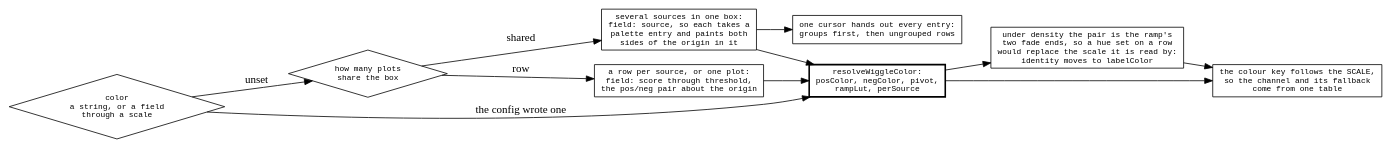
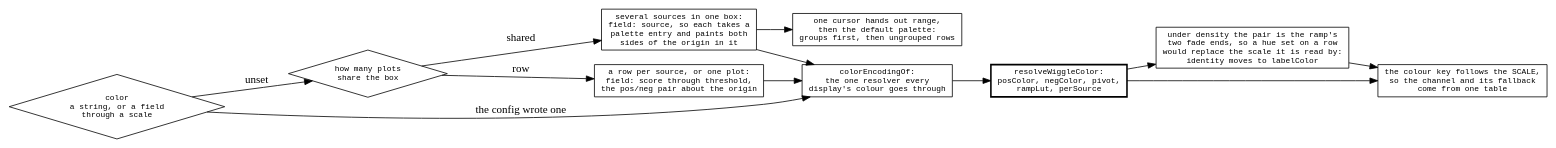
The diagram in agent-docs/mechanisms/diagrams/wiggle-colour.dot (GMOD/jbrowse-components), drawn with Graphviz before and after one commit. The commit also changed 65 other files, not shown here.

First line of the commit message:
Every display resolves its colour object through colorEncodingOf

```diff
--- a/agent-docs/mechanisms/diagrams/wiggle-colour.dot
+++ b/agent-docs/mechanisms/diagrams/wiggle-colour.dot
@@ -1,28 +1,31 @@
 digraph wiggle_colour {
   rankdir=LR
   node [shape=box fontname=monospace fontsize=10]
   { node [shape=diamond] declared; layout }
 
   declared [label="color\na string, or a field\nthrough a scale"]
-  declared -> resolved [label=" the config wrote one"]
+  declared -> encoding [label=" the config wrote one"]
   declared -> layout   [label=" unset"]
 
   layout [label="how many plots\nshare the box"]
   layout -> shared [label=" shared"]
   layout -> row    [label=" row"]
 
   shared [label="several sources in one box:\nfield: source, so each takes a\npalette entry and paints both\nsides of the origin in it"]
   row    [label="a row per source, or one plot:\nfield: score through threshold,\nthe pos/neg pair about the origin"]
 
+  encoding [label="colorEncodingOf:\nthe one resolver every\ndisplay's colour goes through"]
+  shared -> encoding  row -> encoding
+
   resolved [label="resolveWiggleColor:\nposColor, negColor, pivot,\nrampLut, perSource", style=bold]
-  shared -> resolved  row -> resolved
+  encoding -> resolved
 
   density [label="under density the pair is the ramp's\ntwo fade ends, so a hue set on a row\nwould replace the scale it is read by:\nidentity moves to labelColor"]
   resolved -> density
 
   legend [label="the colour key follows the SCALE,\nso the channel and its fallback\ncome from one table"]
   resolved -> legend  density -> legend
 
-  palette [label="one cursor hands out every entry:\ngroups first, then ungrouped rows"]
+  palette [label="one cursor hands out range,\nthen the default palette:\ngroups first, then ungrouped rows"]
   shared -> palette
 }
```
